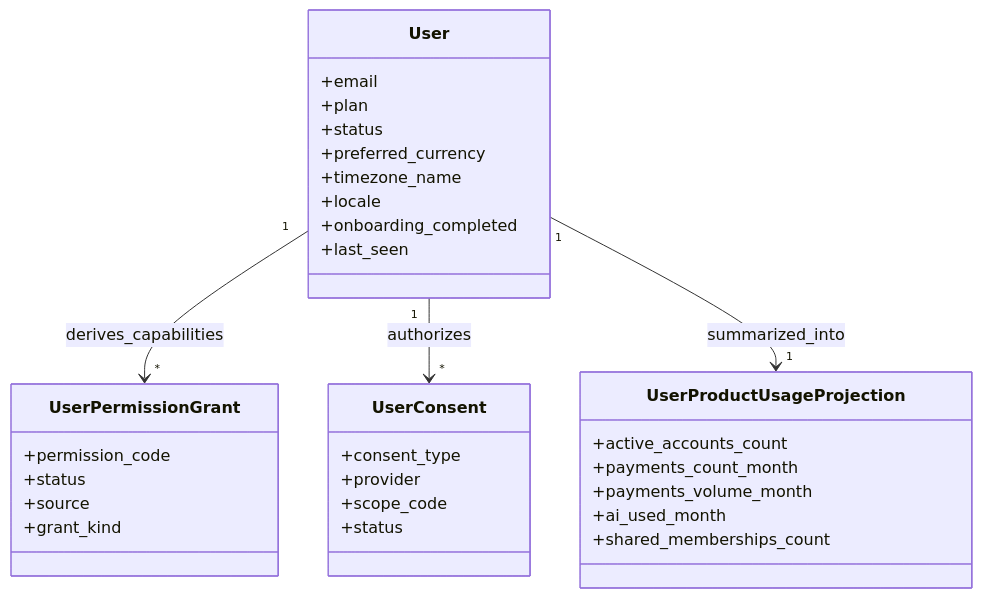
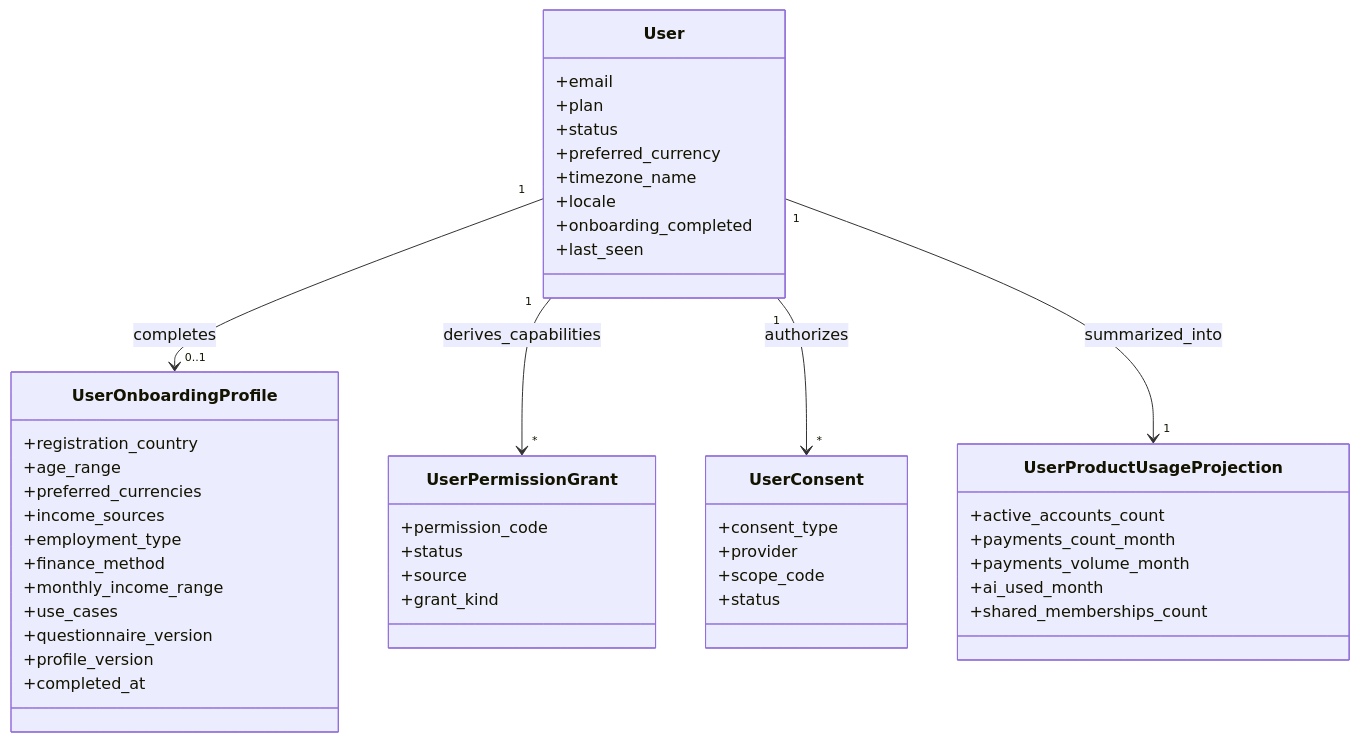
Before and after one commit to Jhon32-hue/Vexxo_Backend_API: the first of 7 diagrams in identity/users/README.md, drawn with Mermaid. The commit also changed other lines of this file and 16 other files, not shown here.

````diff
--- a/identity/users/README.md
+++ b/identity/users/README.md
@@ -27,39 +27,54 @@
 ```mermaid
 classDiagram
     class User {
         +email
         +plan
         +status
         +preferred_currency
         +timezone_name
         +locale
         +onboarding_completed
         +last_seen
     }
 
     class UserPermissionGrant {
         +permission_code
         +status
         +source
         +grant_kind
     }
 
     class UserConsent {
         +consent_type
         +provider
         +scope_code
         +status
     }
 
     class UserProductUsageProjection {
         +active_accounts_count
         +payments_count_month
         +payments_volume_month
         +ai_used_month
         +shared_memberships_count
     }
 
+    class UserOnboardingProfile {
+        +registration_country
+        +age_range
+        +preferred_currencies
+        +income_sources
+        +employment_type
+        +finance_method
+        +monthly_income_range
+        +use_cases
+        +questionnaire_version
+        +profile_version
+        +completed_at
+    }
+
+    User "1" --> "0..1" UserOnboardingProfile : completes
     User "1" --> "*" UserPermissionGrant : derives_capabilities
     User "1" --> "*" UserConsent : authorizes
     User "1" --> "1" UserProductUsageProjection : summarized_into
 ```
````
